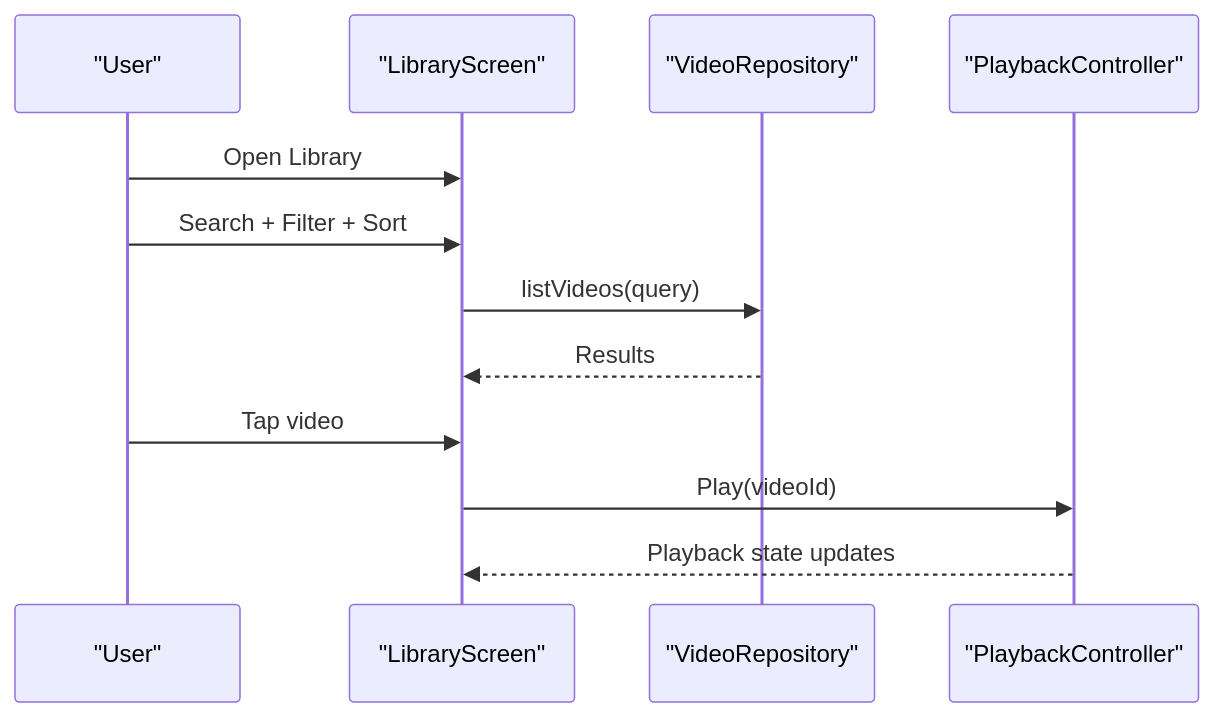
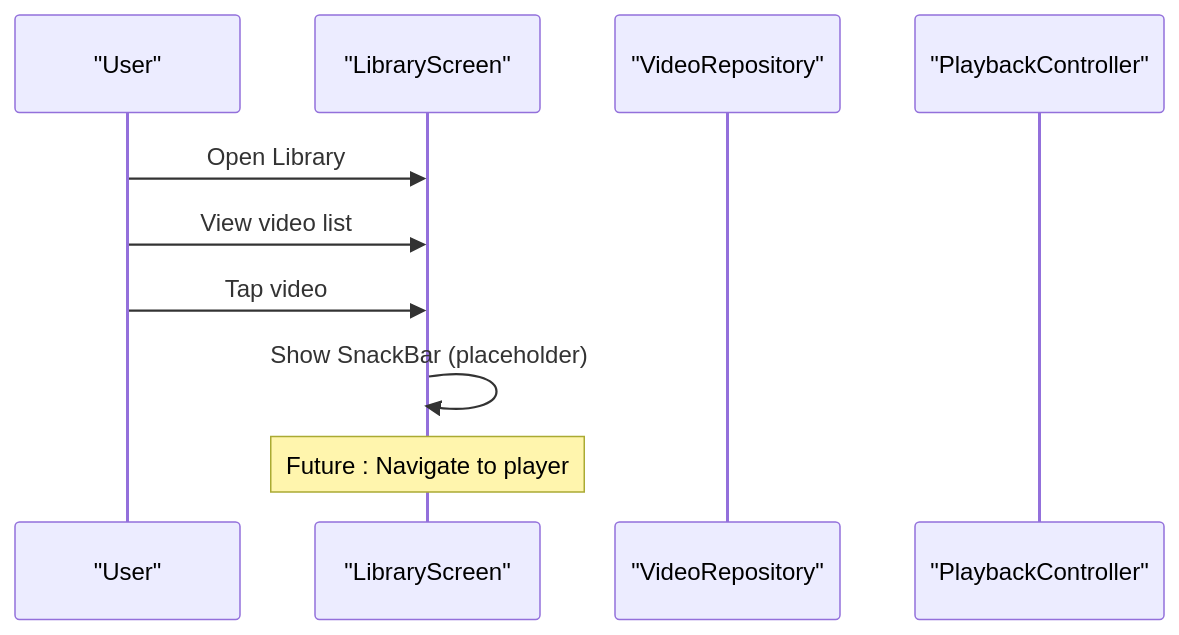
The ninth of 10 diagrams in .qoder/repowiki/en/content/Feature Modules/Library Feature.md (Rana76-u/mytube), drawn with Mermaid before and after one commit. The commit also changed other lines of this file and 62 other files, not shown here.

````diff
--- a/.qoder/repowiki/en/content/Feature Modules/Library Feature.md
+++ b/.qoder/repowiki/en/content/Feature Modules/Library Feature.md
@@ -279,14 +396,12 @@
 ```mermaid
 sequenceDiagram
 participant User as "User"
 participant Lib as "LibraryScreen"
 participant Repo as "VideoRepository"
 participant Player as "PlaybackController"
 User->>Lib : Open Library
-User->>Lib : Search + Filter + Sort
-Lib->>Repo : listVideos(query)
-Repo-->>Lib : Results
+User->>Lib : View video list
 User->>Lib : Tap video
-Lib->>Player : Play(videoId)
-Player-->>Lib : Playback state updates
+Lib->>Lib : Show SnackBar (placeholder)
+Note over Lib : Future : Navigate to player
 ```
````
